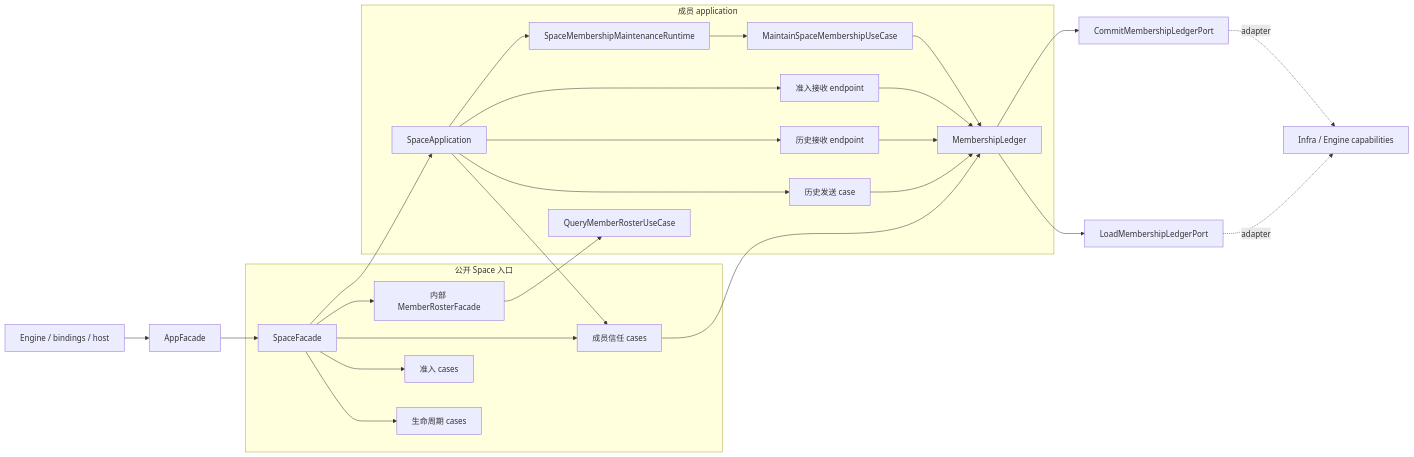
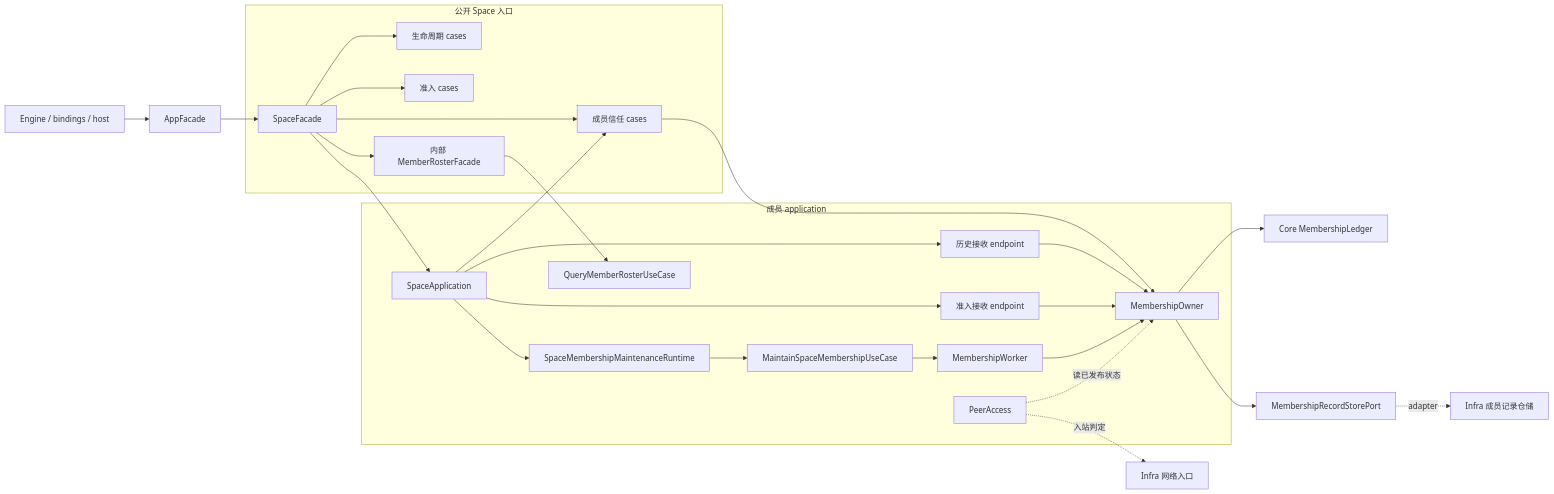
One commit to UniClipboard/Engine changed the first of 5 diagrams in docs/design-docs/space-application.md. Above: the diagram before and after it, drawn with Mermaid. The commit also changed other lines of this file and 13 other files, not shown here.

First line of the commit message:
docs(membership): close plan 049 with the S6 deletion record

````diff
--- a/docs/design-docs/space-application.md
+++ b/docs/design-docs/space-application.md
@@ -44,33 +44,33 @@
 ```mermaid
 flowchart LR
     Host[Engine / bindings / host] --> AppFacade[AppFacade]
     AppFacade --> SpaceFacade[SpaceFacade]
 
     subgraph Public[公开 Space 入口]
         SpaceFacade --> Life[生命周期 cases]
         SpaceFacade --> Admission[准入 cases]
         SpaceFacade --> Trust[成员信任 cases]
         SpaceFacade --> RosterFacade[内部 MemberRosterFacade]
     end
 
     subgraph Membership[成员 application]
         SpaceApp[SpaceApplication] --> Trust
-        SpaceApp --> HistoryTx[历史发送 case]
         SpaceApp --> HistoryRx[历史接收 endpoint]
         SpaceApp --> AdmissionRx[准入接收 endpoint]
         SpaceApp --> Runtime[SpaceMembershipMaintenanceRuntime]
         Runtime --> Maintain[MaintainSpaceMembershipUseCase]
+        Maintain --> Worker[MembershipWorker]
         RosterFacade --> Roster[QueryMemberRosterUseCase]
-        Trust --> Ledger[MembershipLedger]
-        HistoryTx --> Ledger
-        HistoryRx --> Ledger
-        AdmissionRx --> Ledger
-        Maintain --> Ledger
+        Trust --> Owner[MembershipOwner]
+        HistoryRx --> Owner
+        AdmissionRx --> Owner
+        Worker --> Owner
+        Access[PeerAccess] -. 读已发布状态 .-> Owner
     end
 
     SpaceFacade --> SpaceApp
-    Ledger --> LoadPort[LoadMembershipLedgerPort]
-    Ledger --> CommitPort[CommitMembershipLedgerPort]
-    LoadPort -. adapter .-> Infra[Infra / Engine capabilities]
-    CommitPort -. adapter .-> Infra
+    Owner --> Ledger[Core MembershipLedger]
+    Owner --> StorePort[MembershipRecordStorePort]
+    StorePort -. adapter .-> Infra[Infra 成员记录仓储]
+    Access -. 入站判定 .-> Net[Infra 网络入口]
 ```
````
